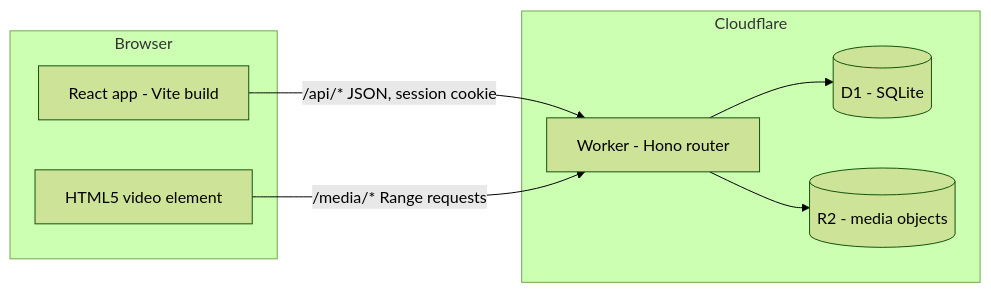
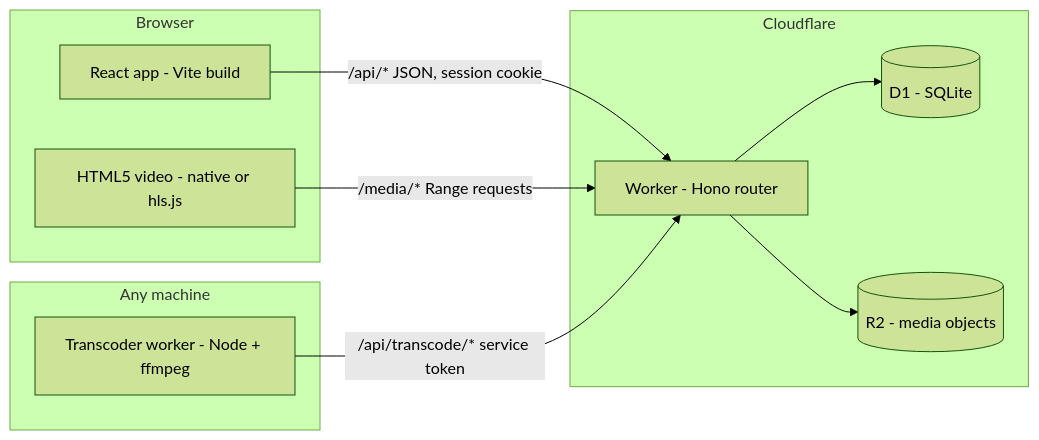
Before and after one commit to calixdata/sweam: the first of 2 diagrams in docs/ARCHITECTURE.md, drawn with Mermaid (forest theme). The commit also changed other lines of this file and 32 other files, not shown here.

````diff
--- a/docs/ARCHITECTURE.md
+++ b/docs/ARCHITECTURE.md
@@ -5,16 +5,20 @@
 ```mermaid
 flowchart LR
   subgraph Browser
     WEB[React app - Vite build]
-    VIDEO[HTML5 video element]
+    VIDEO[HTML5 video - native or hls.js]
   end
   subgraph Cloudflare
     API[Worker - Hono router]
     D1[(D1 - SQLite)]
     R2[(R2 - media objects)]
   end
+  subgraph Any machine
+    TRANS[Transcoder worker - Node + ffmpeg]
+  end
   WEB -->|/api/* JSON, session cookie| API
   VIDEO -->|/media/* Range requests| API
+  TRANS -->|/api/transcode/* service token| API
   API --> D1
   API --> R2
 ```
````
